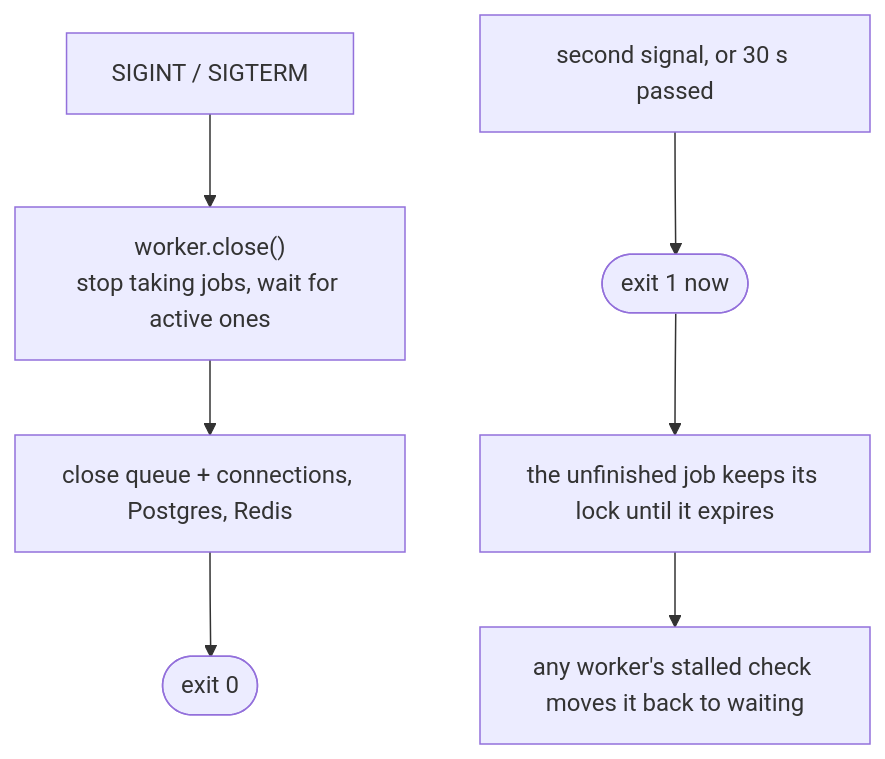
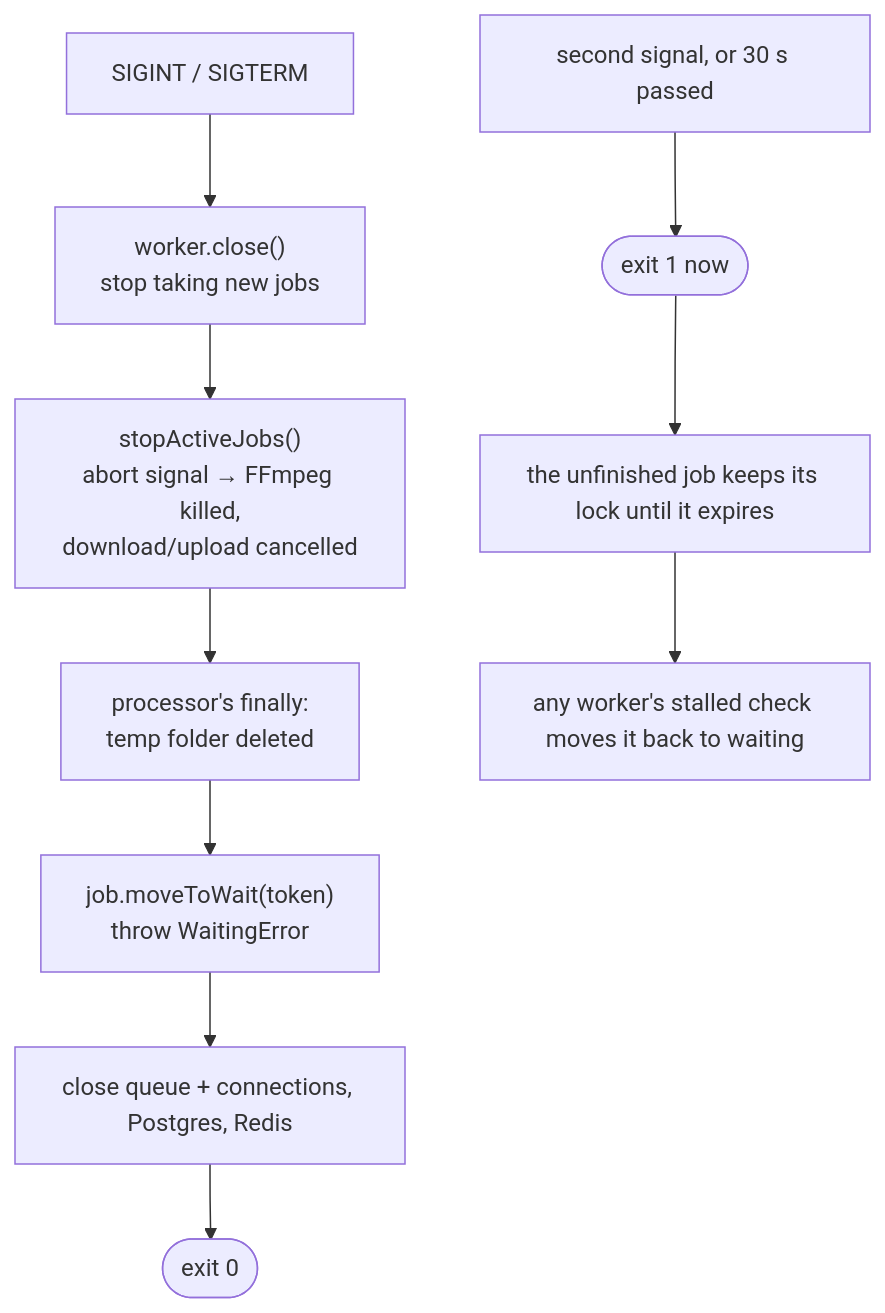
One commit to Muh-Hasan/klyro-stream changed diagram 16 of 18 in docs/learning/queues.md. Above: the diagram before and after it, drawn with Mermaid. The commit also changed other lines of this file and 6 other files, not shown here.

````diff
--- a/docs/learning/queues.md
+++ b/docs/learning/queues.md
@@ -882,9 +886,12 @@
 ```mermaid
 flowchart TD
-    SIG["SIGINT / SIGTERM"] --> CLOSE["worker.close()<br/>stop taking jobs, wait for active ones"]
-    CLOSE --> CONN["close queue + connections, Postgres, Redis"]
+    SIG["SIGINT / SIGTERM"] --> CLOSE["worker.close()<br/>stop taking new jobs"]
+    CLOSE --> STOP["stopActiveJobs()<br/>abort signal → FFmpeg killed,<br/>download/upload cancelled"]
+    STOP --> FIN["processor's finally:<br/>temp folder deleted"]
+    FIN --> BACK["job.moveToWait(token)<br/>throw WaitingError"]
+    BACK --> CONN["close queue + connections, Postgres, Redis"]
     CONN --> EXIT0(["exit 0"])
     SIG2["second signal, or 30 s passed"] --> EXIT1(["exit 1 now"])
     EXIT1 --> LOCK["the unfinished job keeps its lock until it expires"]
     LOCK --> STALL["any worker's stalled check moves it back to waiting"]
 ```
````
